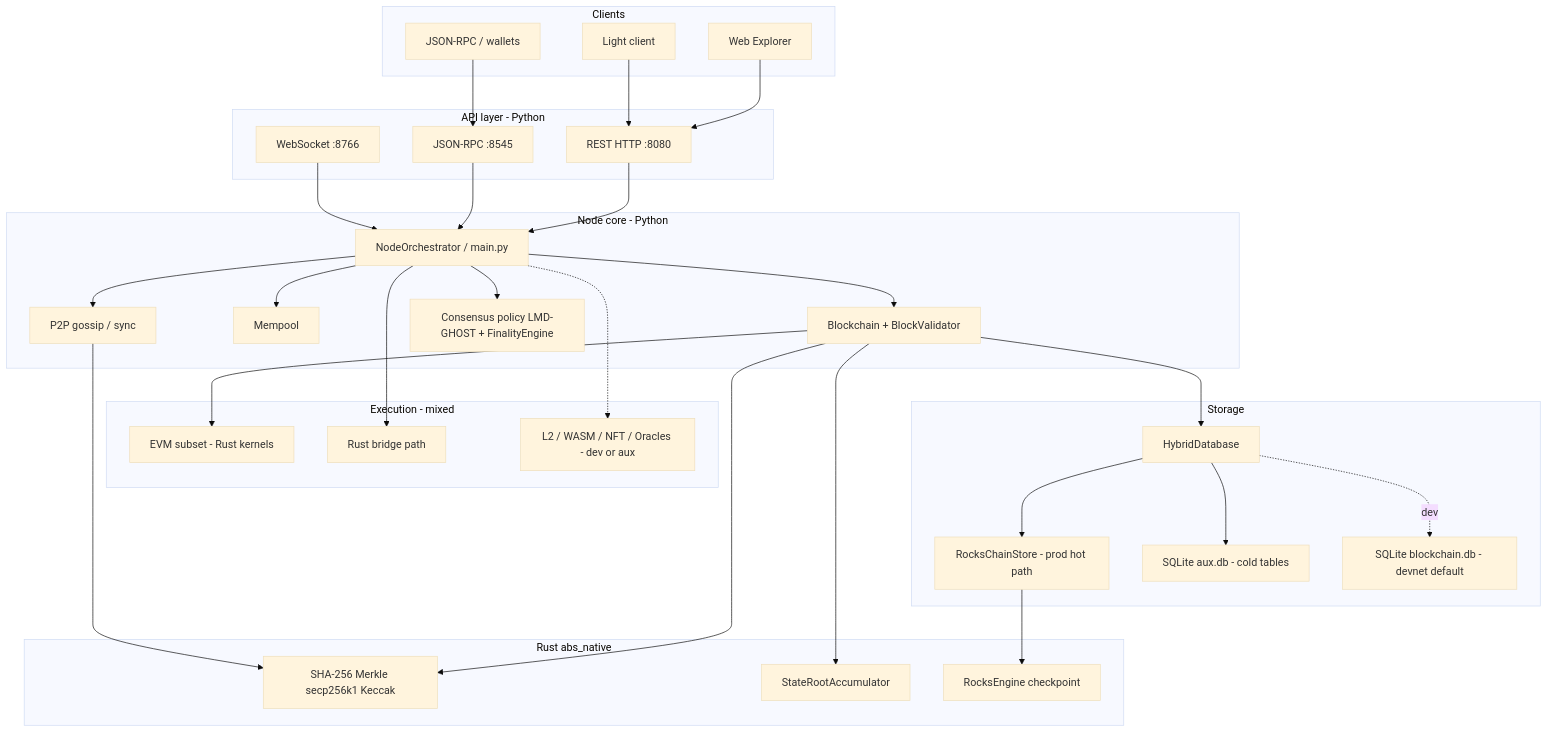
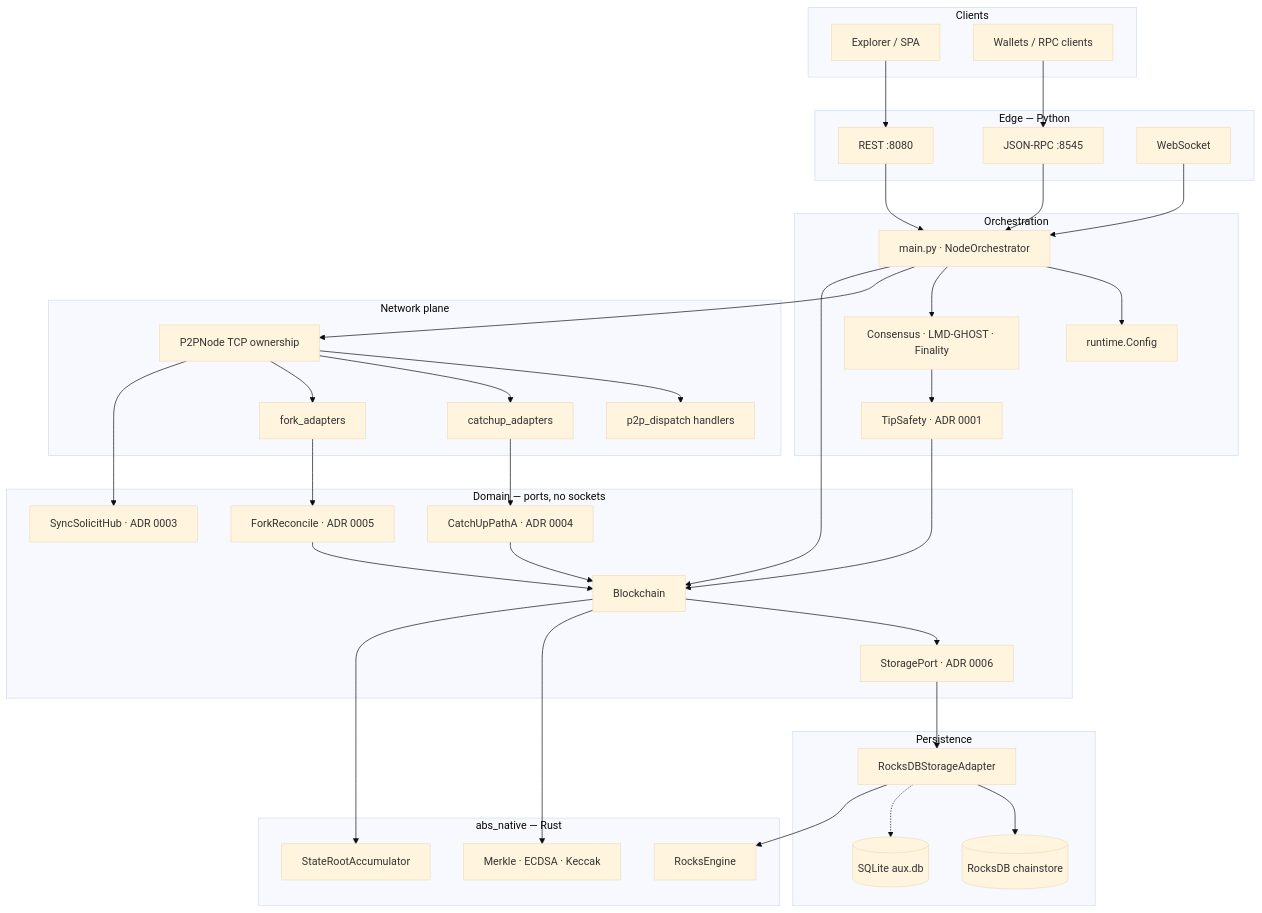
The first of 4 diagrams in docs/ARCHITECTURE.md (Gruver87/Absolute_Blockchain_Ultimate_Hybrid), drawn with Mermaid (base theme) before and after one commit. The commit also changed other lines of this file and 23 other files, not shown here.

First line of the commit message:
feat(arch): storage ports green-up + refresh architecture graphs.

````diff
--- a/docs/ARCHITECTURE.md
+++ b/docs/ARCHITECTURE.md
@@ -16,63 +16,74 @@
 ```mermaid
 flowchart TB
-  subgraph clients [Clients]
-    EX[Web Explorer]
-    RPC[JSON-RPC / wallets]
-    LC[Light client]
+  subgraph clients ["Clients"]
+    EX["Explorer / SPA"]
+    W["Wallets / RPC clients"]
   end
 
-  subgraph api [API layer - Python]
-    REST[REST HTTP :8080]
-    JR[JSON-RPC :8545]
-    WS[WebSocket :8766]
+  subgraph edge ["Edge — Python"]
+    REST["REST :8080"]
+    JR["JSON-RPC :8545"]
+    WS["WebSocket"]
   end
 
-  subgraph core [Node core - Python]
-    ORCH[NodeOrchestrator / main.py]
-    BC[Blockchain + BlockValidator]
-    MP[Mempool]
-    P2P[P2P gossip / sync]
-    CONS[Consensus policy LMD-GHOST + FinalityEngine]
+  subgraph orch ["Orchestration"]
+    MAIN["main.py · NodeOrchestrator"]
+    CFG["runtime.Config"]
+    CONS["Consensus · LMD-GHOST · Finality"]
+    TIP["TipSafety · ADR 0001"]
   end
 
-  subgraph exec [Execution - mixed]
-    EVM[EVM subset - Rust kernels]
-    BR[Rust bridge path]
-    DEV[L2 / WASM / NFT / Oracles - dev or aux]
+  subgraph net ["Network plane"]
+    P2P["P2PNode TCP ownership"]
+    DISP["p2p_dispatch handlers"]
+    CA["catchup_adapters"]
+    FA["fork_adapters"]
   end
 
-  subgraph storage [Storage]
-    HYB[HybridDatabase]
-    ROCKS[RocksChainStore - prod hot path]
-    AUX[SQLite aux.db - cold tables]
-    SQL[SQLite blockchain.db - devnet default]
+  subgraph domain ["Domain — ports, no sockets"]
+    CAP["CatchUpPathA · ADR 0004"]
+    FORK["ForkReconcile · ADR 0005"]
+    SOL["SyncSolicitHub · ADR 0003"]
+    BC["Blockchain"]
+    SP["StoragePort · ADR 0006"]
   end
 
-  subgraph native [Rust abs_native]
-    CRYPTO[SHA-256 Merkle secp256k1 Keccak]
-    SR[StateRootAccumulator]
-    RE[RocksEngine checkpoint]
+  subgraph persist ["Persistence"]
+    AD["RocksDBStorageAdapter"]
+    ROCKS[("RocksDB chainstore")]
+    AUX[("SQLite aux.db")]
+  end
+
+  subgraph rust ["abs_native — Rust"]
+    CRYPTO["Merkle · ECDSA · Keccak"]
+    SR["StateRootAccumulator"]
+    RE["RocksEngine"]
   end
 
   EX --> REST
-  RPC --> JR
-  LC --> REST
-  REST --> ORCH
-  JR --> ORCH
-  WS --> ORCH
-  ORCH --> BC
-  ORCH --> MP
-  ORCH --> P2P
-  ORCH --> CONS
-  BC --> HYB
-  BC --> EVM
-  ORCH --> BR
-  ORCH -.-> DEV
-  HYB --> ROCKS
-  HYB --> AUX
-  HYB -. dev .-> SQL
-  ROCKS --> RE
+  W --> JR
+  REST --> MAIN
+  JR --> MAIN
+  WS --> MAIN
+  MAIN --> CFG
+  MAIN --> CONS
+  MAIN --> P2P
+  MAIN --> BC
+  CONS --> TIP
+  P2P --> DISP
+  P2P --> CA
+  P2P --> FA
+  CA --> CAP
+  FA --> FORK
+  P2P --> SOL
+  CAP --> BC
+  FORK --> BC
+  BC --> SP
+  SP --> AD
+  AD --> ROCKS
+  AD -.-> AUX
+  BC --> CRYPTO
   BC --> SR
-  BC --> CRYPTO
-  P2P --> CRYPTO
+  AD --> RE
+  TIP --> BC
 ```
````
